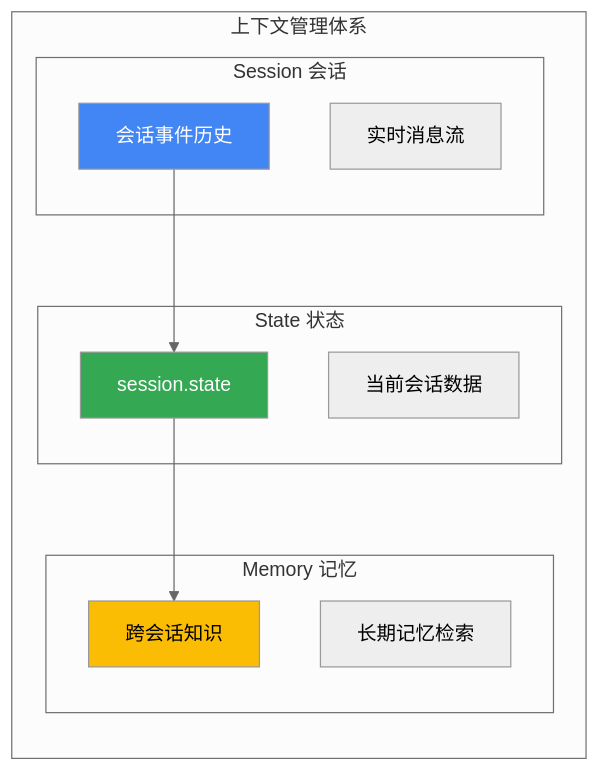
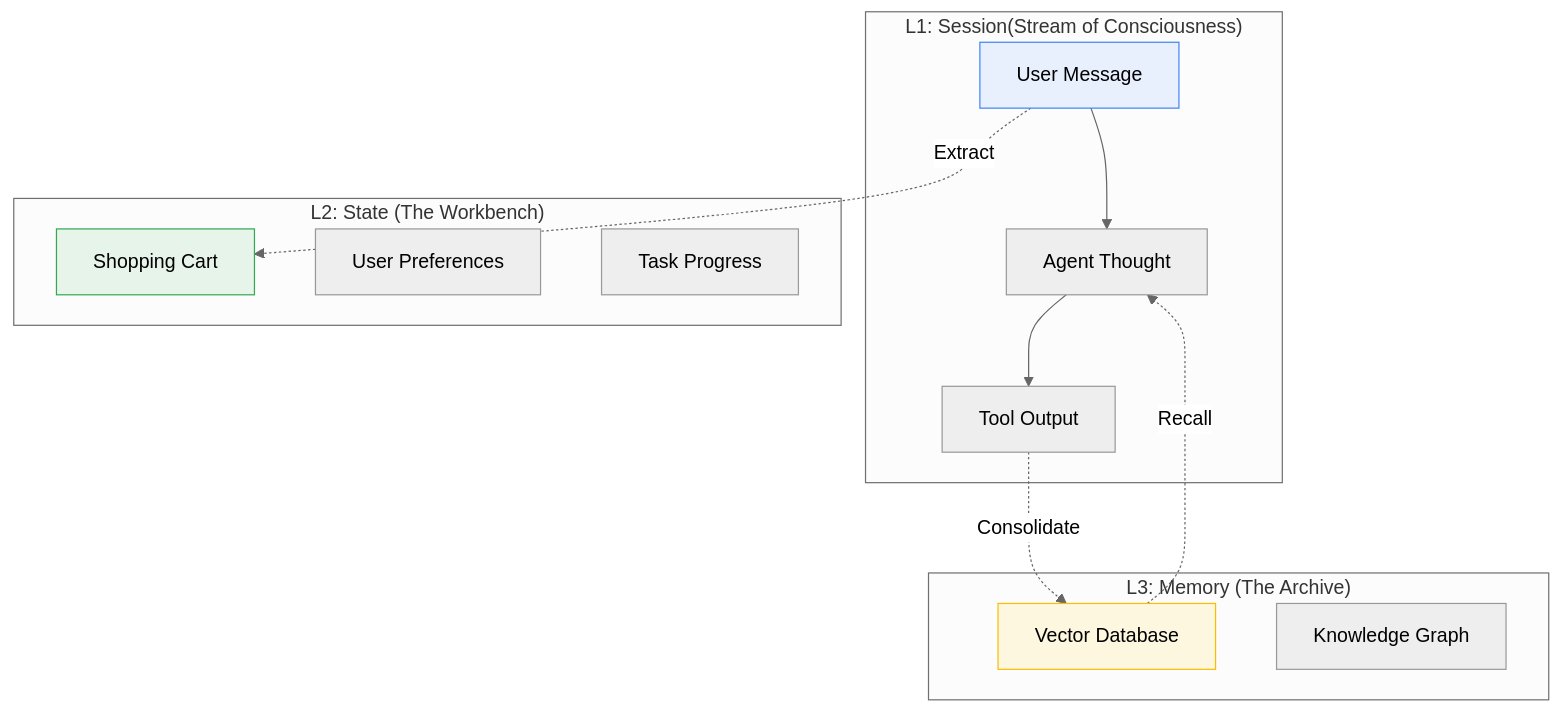
One commit to ThreeFish-AI/agentic-ai-cognizes changed the sixth of 14 diagrams in docs/research/020-agent-frameworks.md. Above: the diagram before and after it, drawn with Mermaid (neutral theme). The commit also changed other lines of this file, not shown here.

First line of the commit message:
docs(Agent Frameworks): 重构 Context Engineering 章节的认知表达

````diff
--- a/docs/research/020-agent-frameworks.md
+++ b/docs/research/020-agent-frameworks.md
@@ -402,28 +402,26 @@
 ```mermaid
 graph TB
-    subgraph "上下文管理体系"
-        direction TB
-
-        subgraph "Session 会话"
-            S1[会话事件历史]
-            S2[实时消息流]
-        end
-
-        subgraph "State 状态"
-            ST1[session.state]
-            ST2[当前会话数据]
-        end
-
-        subgraph "Memory 记忆"
-            M1[跨会话知识]
-            M2[长期记忆检索]
-        end
+    subgraph "L1: Session(Stream of Consciousness)"
+        S1[User Message] --> S2[Agent Thought]
+        S2 --> S3[Tool Output]
     end
 
-    S1 --> ST1
-    ST1 --> M1
+    subgraph "L2: State (The Workbench)"
+        ST1[Shopping Cart]
+        ST2[User Preferences]
+        ST3[Task Progress]
+    end
 
-    style S1 fill:#4285f4,color:white
-    style ST1 fill:#34a853,color:white
-    style M1 fill:#fbbc04,color:black
+    subgraph "L3: Memory (The Archive)"
+        M1[Vector Database]
+        M2[Knowledge Graph]
+    end
+
+    S1 -.->|Extract| ST1
+    S3 -.->|Consolidate| M1
+    M1 -.->|Recall| S2
+
+    style S1 fill:#e8f0fe,stroke:#4285f4,color:#000
+    style ST1 fill:#e6f4ea,stroke:#34a853,color:#000
+    style M1 fill:#fef7e0,stroke:#fbbc04,color:#000
 ```
````
